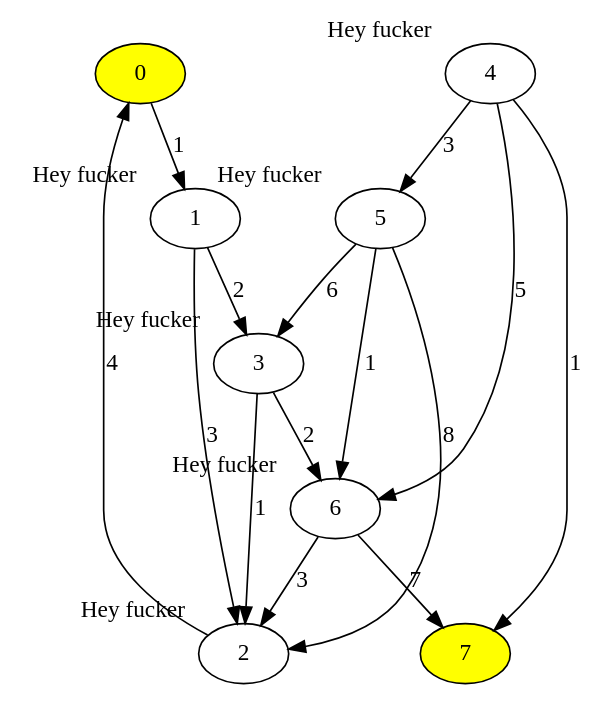
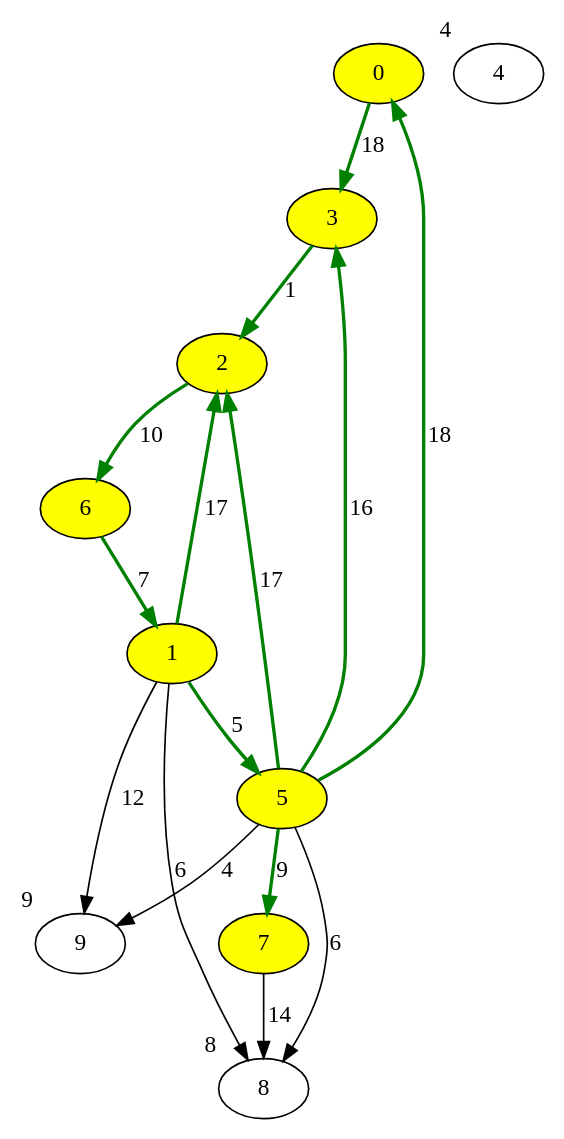
The diagram in files/dijkstra.dot (quanganhquanganh/Discrete-Maths-Graph-Library), drawn with Graphviz before and after one commit. The commit also changed 23 other files, not shown here.

```diff
--- a/files/dijkstra.dot
+++ b/files/dijkstra.dot
@@ -1,24 +1,27 @@
 digraph {
 	0 [fillcolor = yellow, style=filled];
-	1 [xlabel = "Hey fucker"];
-	2 [xlabel = "Hey fucker"];
-	3 [xlabel = "Hey fucker"];
-	4 [xlabel = "Hey fucker"];
-	5 [xlabel = "Hey fucker"];
-	6 [xlabel = "Hey fucker"];
+	1 [fillcolor = yellow, style=filled];
+	2 [fillcolor = yellow, style=filled];
+	3 [fillcolor = yellow, style=filled];
+	4 [xlabel = "4"];
+	5 [fillcolor = yellow, style=filled];
+	6 [fillcolor = yellow, style=filled];
 	7 [fillcolor = yellow, style=filled];
-	0 -> 1[label=1];
-	1 -> 2[label=3];
-	1 -> 3[label=2];
-	2 -> 0[label=4];
-	3 -> 2[label=1];
-	3 -> 6[label=2];
-	4 -> 5[label=3];
-	4 -> 6[label=5];
-	4 -> 7[label=1];
-	5 -> 2[label=8];
-	5 -> 3[label=6];
-	5 -> 6[label=1];
-	6 -> 2[label=3];
-	6 -> 7[label=7];
+	8 [xlabel = "8"];
+	9 [xlabel = "9"];
+	0 -> 3[label=18, color=green, penwidth=2.0];
+	1 -> 2[label=17, color=green, penwidth=2.0];
+	1 -> 5[label=5, color=green, penwidth=2.0];
+	1 -> 8[label=6];
+	1 -> 9[label=12];
+	2 -> 6[label=10, color=green, penwidth=2.0];
+	3 -> 2[label=1, color=green, penwidth=2.0];
+	5 -> 0[label=18, color=green, penwidth=2.0];
+	5 -> 2[label=17, color=green, penwidth=2.0];
+	5 -> 3[label=16, color=green, penwidth=2.0];
+	5 -> 7[label=9, color=green, penwidth=2.0];
+	5 -> 8[label=6];
+	5 -> 9[label=4];
+	6 -> 1[label=7, color=green, penwidth=2.0];
+	7 -> 8[label=14];
 }
```
